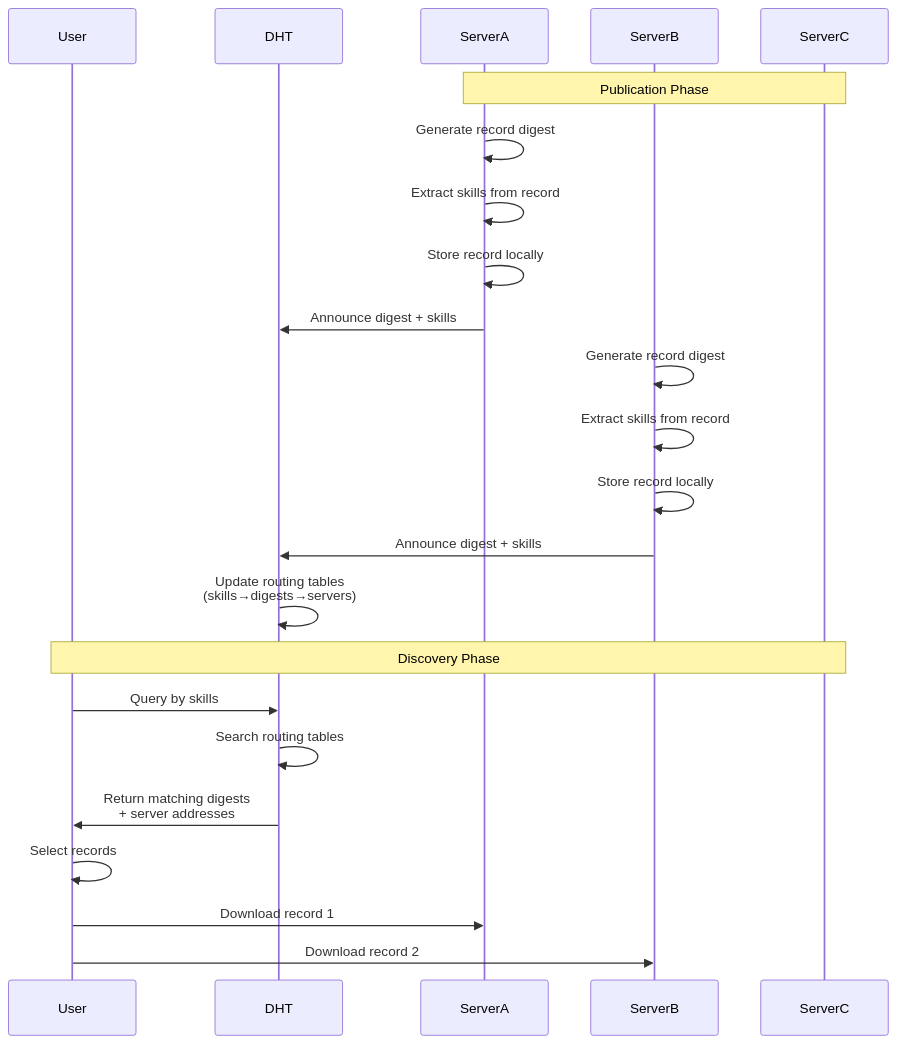
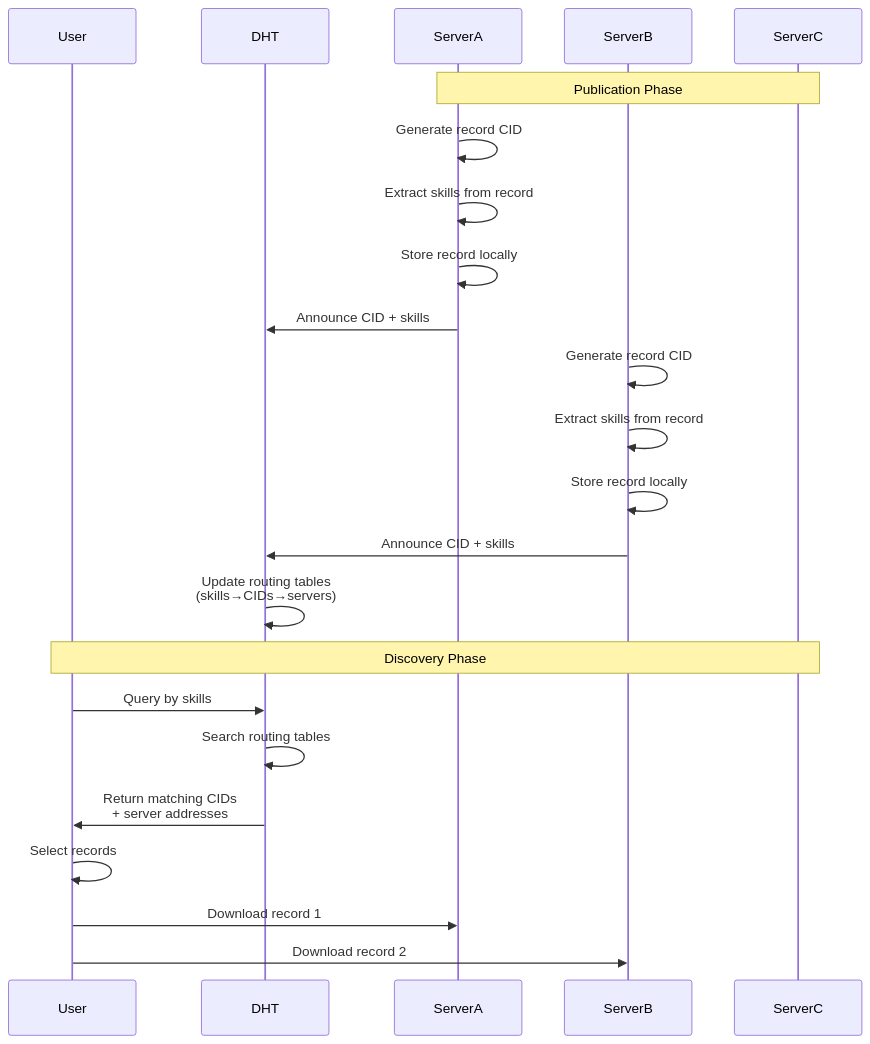
The diagram in docs/dir/overview.md (agntcy/docs), drawn with Mermaid before and after one commit. The commit also changed other lines of this file and 11 other files, not shown here.

````diff
--- a/docs/dir/overview.md
+++ b/docs/dir/overview.md
@@ -95,27 +105,27 @@
 ```mermaid
 sequenceDiagram
     participant User
     participant DHT
     participant ServerA
     participant ServerB
     participant ServerC
 
     Note over ServerA,ServerC: Publication Phase
-    ServerA->>ServerA: Generate record digest
+    ServerA->>ServerA: Generate record CID
     ServerA->>ServerA: Extract skills from record
     ServerA->>ServerA: Store record locally
-    ServerA->>DHT: Announce digest + skills
-    ServerB->>ServerB: Generate record digest
+    ServerA->>DHT: Announce CID + skills
+    ServerB->>ServerB: Generate record CID
     ServerB->>ServerB: Extract skills from record
     ServerB->>ServerB: Store record locally
-    ServerB->>DHT: Announce digest + skills
-    DHT->>DHT: Update routing tables<br/>(skills→digests→servers)
+    ServerB->>DHT: Announce CID + skills
+    DHT->>DHT: Update routing tables<br/>(skills→CIDs→servers)
 
     Note over User,ServerC: Discovery Phase
     User->>DHT: Query by skills
     DHT->>DHT: Search routing tables
-    DHT->>User: Return matching digests<br/>+ server addresses
+    DHT->>User: Return matching CIDs<br/>+ server addresses
     User->>User: Select records
     User->>ServerA: Download record 1
     User->>ServerB: Download record 2
 ```
````
